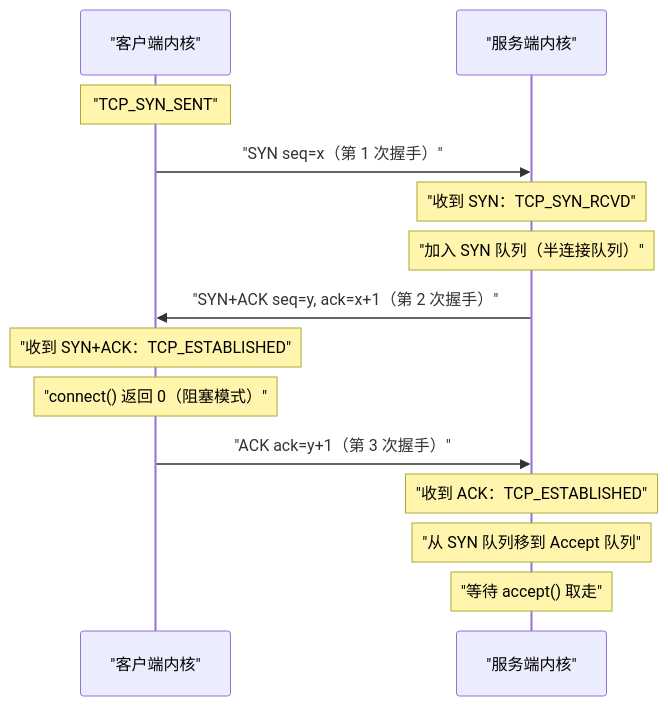
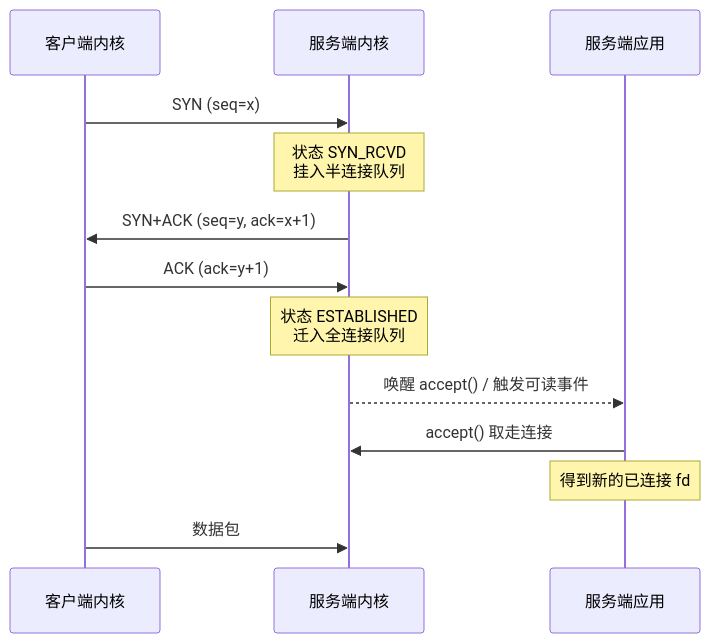
Before and after one commit to hpliStartAgain/my-brain: the second of 5 diagrams in content/Linux/网络协议栈与IO/01 网络 IO 的本质——从 socket() 到网卡 DMA.md, drawn with Mermaid. The commit also changed other lines of this file and 47 other files, not shown here.

````diff
--- a/content/Linux/网络协议栈与IO/01 网络 IO 的本质——从 socket() 到网卡 DMA.md
+++ b/content/Linux/网络协议栈与IO/01 网络 IO 的本质——从 socket() 到网卡 DMA.md
@@ -288,18 +259,16 @@
 ```mermaid
 %%{init: {'theme': 'dracula'}}%%
 sequenceDiagram
-    participant Client as "客户端内核"
-    participant Server as "服务端内核"
-
-    Note over Client: "TCP_SYN_SENT"
-    Client->>Server: "SYN seq=x（第 1 次握手）"
-    Note over Server: "收到 SYN：TCP_SYN_RCVD"
-    Note over Server: "加入 SYN 队列（半连接队列）"
-    Server->>Client: "SYN+ACK seq=y, ack=x+1（第 2 次握手）"
-    Note over Client: "收到 SYN+ACK：TCP_ESTABLISHED"
-    Note over Client: "connect() 返回 0（阻塞模式）"
-    Client->>Server: "ACK ack=y+1（第 3 次握手）"
-    Note over Server: "收到 ACK：TCP_ESTABLISHED"
-    Note over Server: "从 SYN 队列移到 Accept 队列"
-    Note over Server: "等待 accept() 取走"
+    participant C as 客户端内核
+    participant S as 服务端内核
+    participant A as 服务端应用
+    C->>S: SYN (seq=x)
+    Note over S: 状态 SYN_RCVD<br/>挂入半连接队列
+    S->>C: SYN+ACK (seq=y, ack=x+1)
+    C->>S: ACK (ack=y+1)
+    Note over S: 状态 ESTABLISHED<br/>迁入全连接队列
+    S-->>A: 唤醒 accept() / 触发可读事件
+    A->>S: accept() 取走连接
+    Note over A: 得到新的已连接 fd
+    C->>S: 数据包
 ```
````
